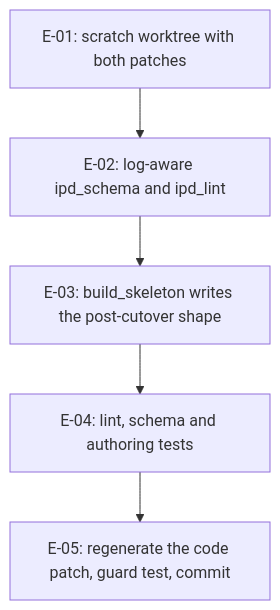
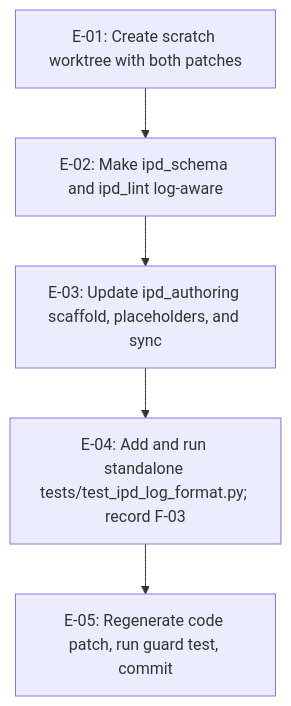
One commit to fariello/agent-workflows changed the diagram in .aw/records/plans/pending/20261125-metastore-305-hdwqex-make-ipd-lint-and-ipd-scaffold-log-aware-in-the-cutover-code.ipd.md. Above: the diagram before and after it, drawn with Mermaid. The commit also changed other lines of this file and 1 other file, not shown here.

````diff
--- a/.aw/records/plans/pending/20261125-metastore-305-hdwqex-make-ipd-lint-and-ipd-scaffold-log-aware-in-the-cutover-code.ipd.md
+++ b/.aw/records/plans/pending/20261125-metastore-305-hdwqex-make-ipd-lint-and-ipd-scaffold-log-aware-in-the-cutover-code.ipd.md
@@ -89,7 +106,7 @@
 ```mermaid
 flowchart TD
-    E01["E-01: scratch worktree with both patches"] --> E02["E-02: log-aware ipd_schema and ipd_lint"]
-    E02 --> E03["E-03: build_skeleton writes the post-cutover shape"]
-    E03 --> E04["E-04: lint, schema and authoring tests"]
-    E04 --> E05["E-05: regenerate the code patch, guard test, commit"]
+    E01["E-01: Create scratch worktree with both patches"] --> E02["E-02: Make ipd_schema and ipd_lint log-aware"]
+    E02 --> E03["E-03: Update ipd_authoring scaffold, placeholders, and sync"]
+    E03 --> E04["E-04: Add and run standalone tests/test_ipd_log_format.py; record F-03"]
+    E04 --> E05["E-05: Regenerate code patch, run guard test, commit"]
 ```
````
